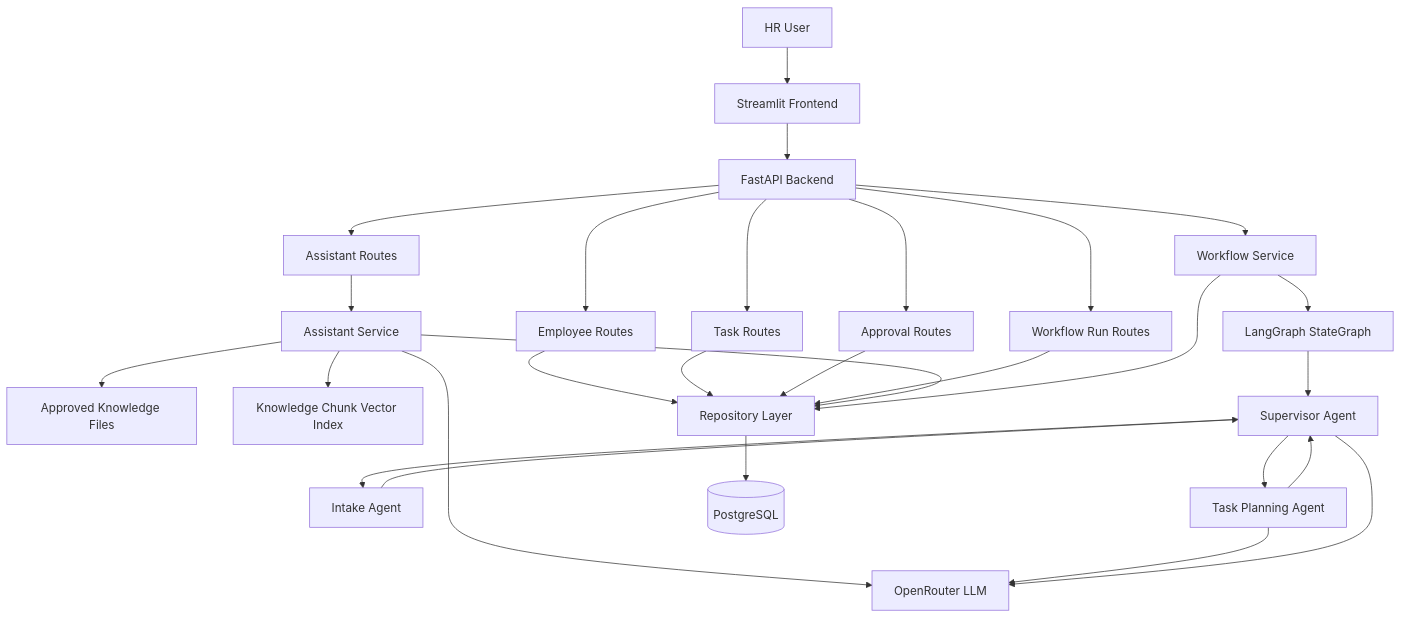
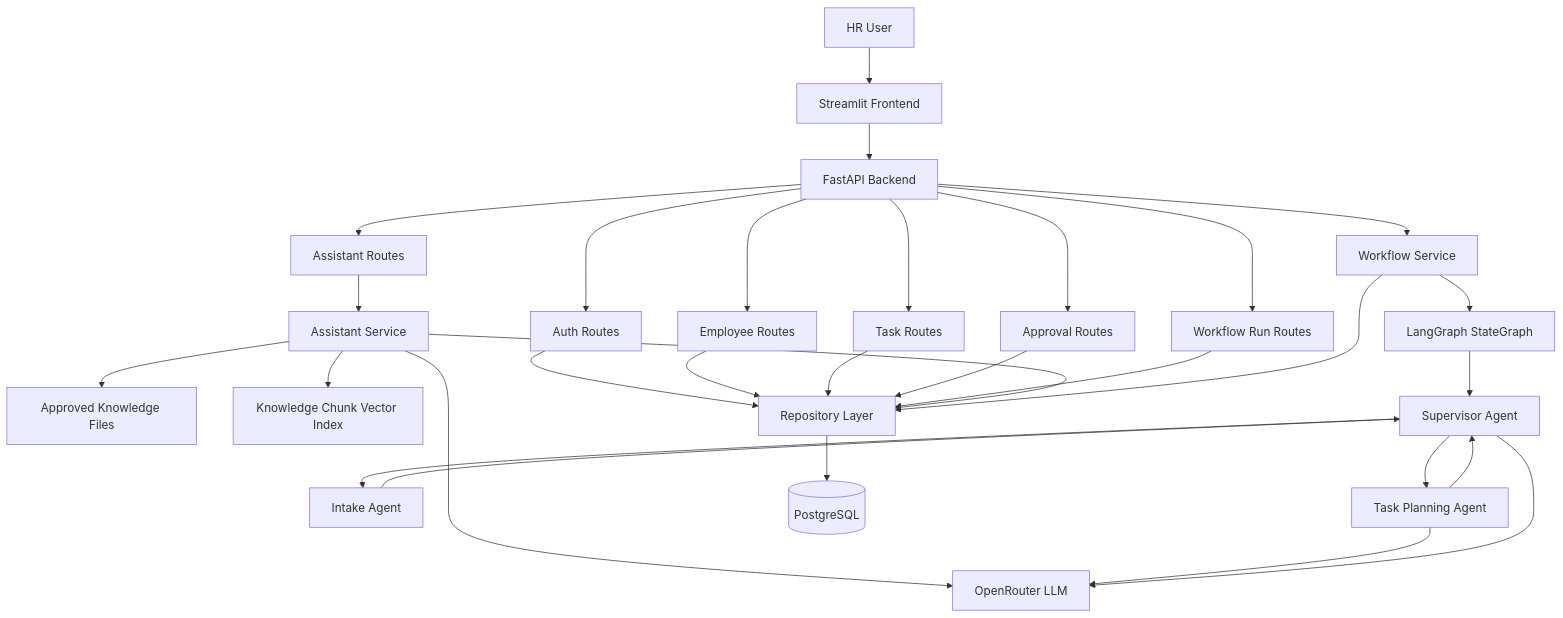
Before and after one commit to vego-ds/onboarding-buddy: the first of 4 diagrams in docs/ARCHITECTURE_DIAGRAM.md, drawn with Mermaid. The commit also changed 27 other files, not shown here.

````diff
--- a/docs/ARCHITECTURE_DIAGRAM.md
+++ b/docs/ARCHITECTURE_DIAGRAM.md
@@ -5,30 +5,32 @@
 ```mermaid
 flowchart TD
     HR["HR User"] --> UI["Streamlit Frontend"]
     UI --> API["FastAPI Backend"]
+    API --> Auth["Auth Routes"]
     API --> Employees["Employee Routes"]
     API --> Tasks["Task Routes"]
     API --> Approvals["Approval Routes"]
     API --> Runs["Workflow Run Routes"]
     API --> Assistant["Assistant Routes"]
     Assistant --> AssistantService["Assistant Service"]
     AssistantService --> Knowledge["Approved Knowledge Files"]
     AssistantService --> VectorIndex["Knowledge Chunk Vector Index"]
     AssistantService --> LLM
     API --> Service["Workflow Service"]
     Service --> Graph["LangGraph StateGraph"]
     Graph --> Supervisor["Supervisor Agent"]
     Supervisor --> Intake["Intake Agent"]
     Intake --> Supervisor
     Supervisor --> Planner["Task Planning Agent"]
     Planner --> Supervisor
     Planner --> LLM["OpenRouter LLM"]
     Supervisor --> LLM
+    Auth --> Repos
     Employees --> Repos["Repository Layer"]
     Tasks --> Repos
     Approvals --> Repos
     Runs --> Repos
     AssistantService --> Repos
     Service --> Repos
     Repos --> DB[("PostgreSQL")]
 ```
````
